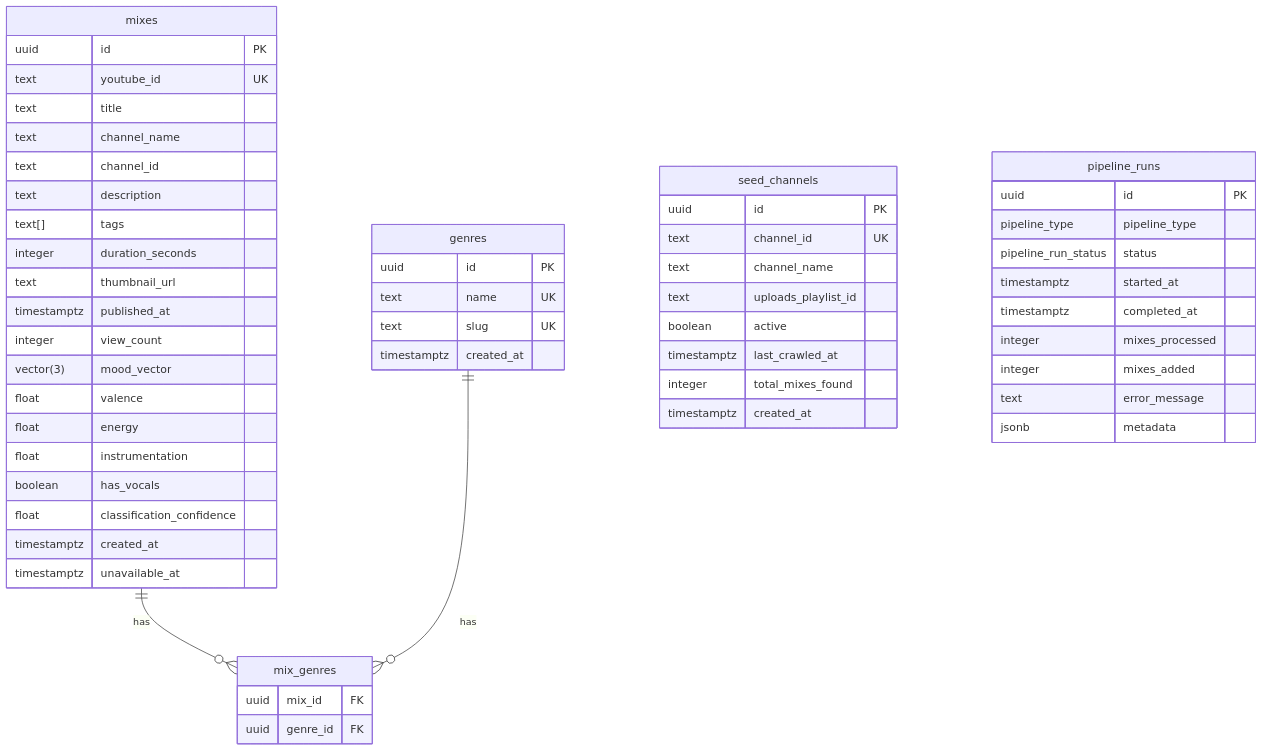
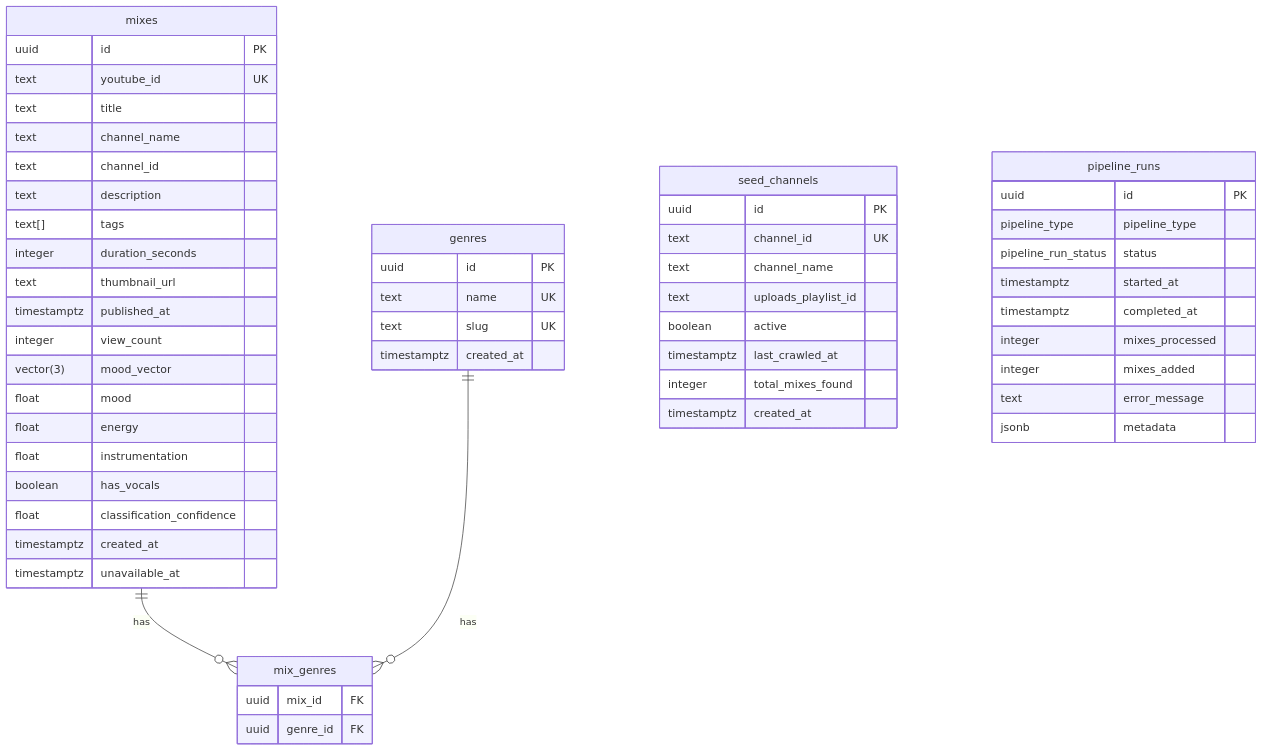
One commit to JordanDonguy/moodmix changed the diagram in docs/erd.mermaid. Above: the diagram before and after it, drawn with Mermaid. The commit also changed 14 other files, not shown here.

Commit message:
feat(db): rename valence to mood (dark/bright axis) across codebase

```diff
--- a/docs/erd.mermaid
+++ b/docs/erd.mermaid
@@ -1,60 +1,60 @@
 erDiagram
     genres {
         uuid id PK
         text name UK
         text slug UK
         timestamptz created_at
     }
 
     mixes {
         uuid id PK
         text youtube_id UK
         text title
         text channel_name
         text channel_id
         text description
         text[] tags
         integer duration_seconds
         text thumbnail_url
         timestamptz published_at
         integer view_count
         vector(3) mood_vector
-        float valence
+        float mood
         float energy
         float instrumentation
         boolean has_vocals
         float classification_confidence
         timestamptz created_at
         timestamptz unavailable_at
     }
 
     mix_genres {
         uuid mix_id FK
         uuid genre_id FK
     }
 
     seed_channels {
         uuid id PK
         text channel_id UK
         text channel_name
         text uploads_playlist_id
         boolean active
         timestamptz last_crawled_at
         integer total_mixes_found
         timestamptz created_at
     }
 
     pipeline_runs {
         uuid id PK
         pipeline_type pipeline_type
         pipeline_run_status status
         timestamptz started_at
         timestamptz completed_at
         integer mixes_processed
         integer mixes_added
         text error_message
         jsonb metadata
     }
 
     mixes ||--o{ mix_genres : "has"
     genres ||--o{ mix_genres : "has"
```
